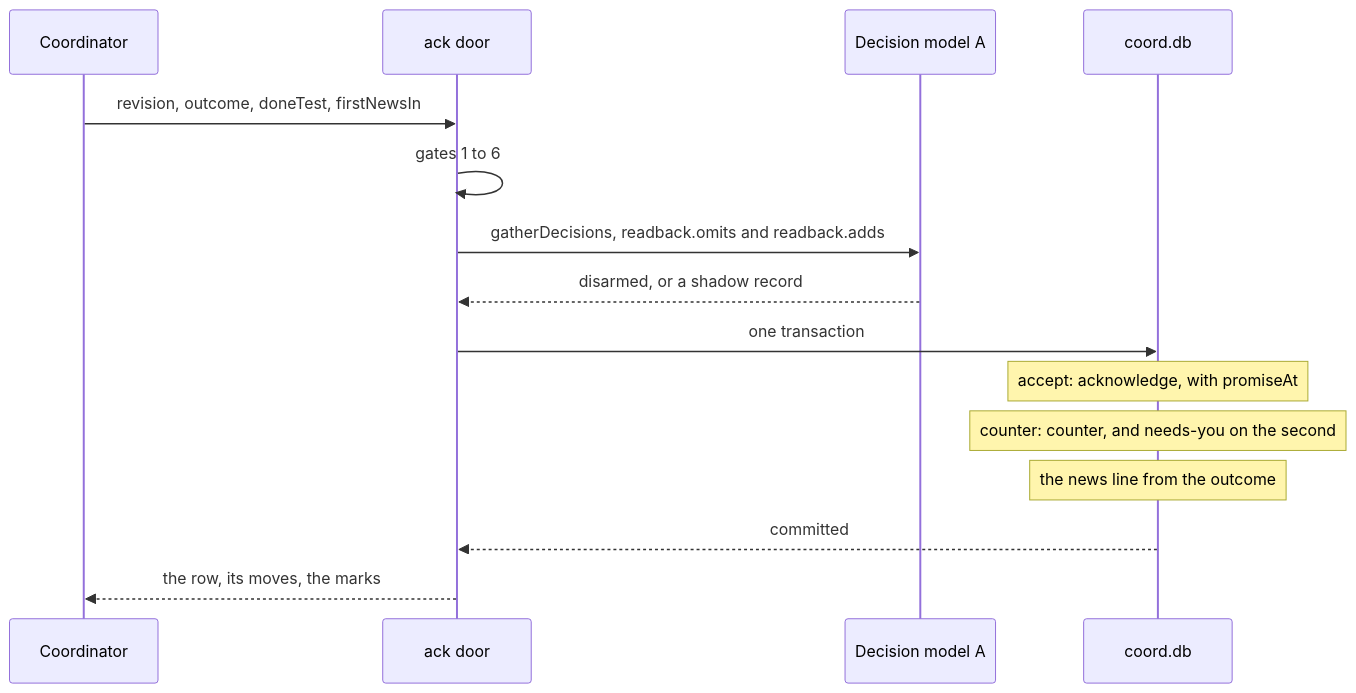
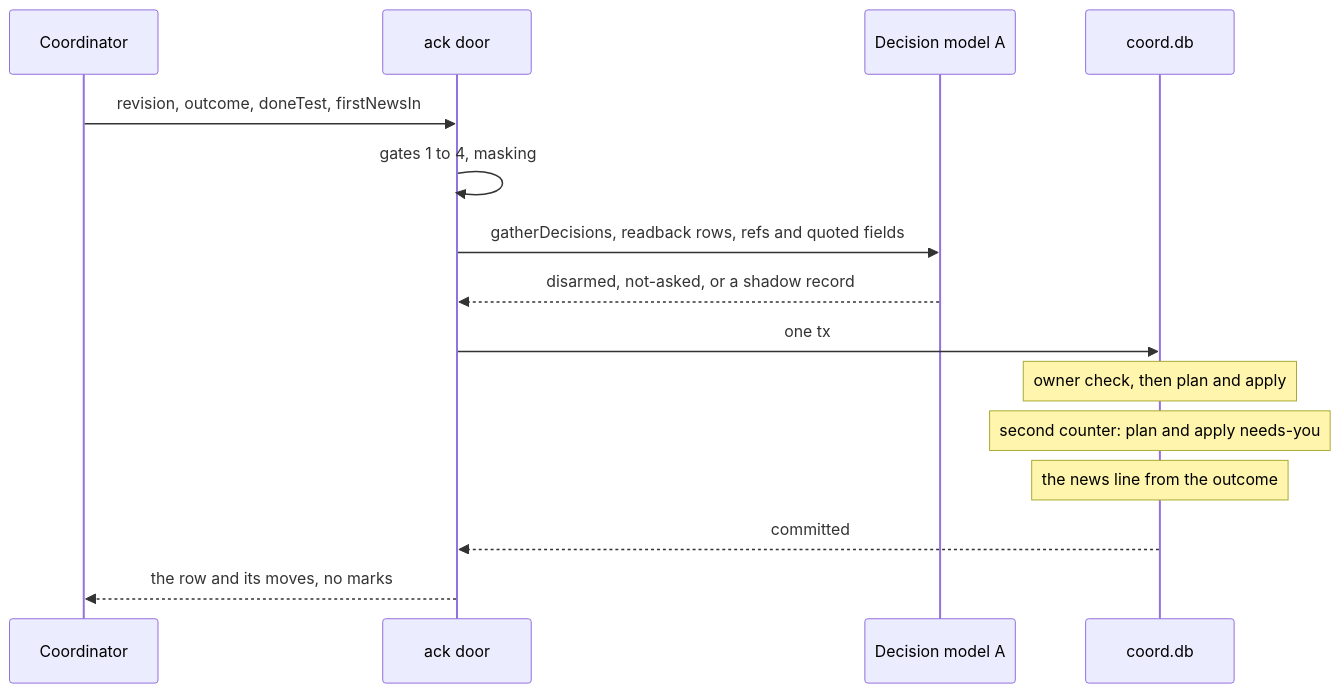
Before and after one commit to Synapsium-Labs/ccrc-pwa: the second of 3 diagrams in docs/superpowers/plans/2026-11-16-overlord-w2/w2-coordinator-doors.md, drawn with Mermaid. The commit also changed other lines of this file and 1 other file, not shown here.

````diff
--- a/docs/superpowers/plans/2026-11-16-overlord-w2/w2-coordinator-doors.md
+++ b/docs/superpowers/plans/2026-11-16-overlord-w2/w2-coordinator-doors.md
@@ -230,17 +295,17 @@
 ```mermaid
 sequenceDiagram
   participant C as Coordinator
   participant D as ack door
   participant DM as Decision model A
   participant DB as coord.db
   C->>D: revision, outcome, doneTest, firstNewsIn
-  D->>D: gates 1 to 6
-  D->>DM: gatherDecisions, readback.omits and readback.adds
-  DM-->>D: disarmed, or a shadow record
-  D->>DB: one transaction
-  Note over DB: accept: acknowledge, with promiseAt
-  Note over DB: counter: counter, and needs-you on the second
+  D->>D: gates 1 to 4, masking
+  D->>DM: gatherDecisions, readback rows, refs and quoted fields
+  DM-->>D: disarmed, not-asked, or a shadow record
+  D->>DB: one tx
+  Note over DB: owner check, then plan and apply
+  Note over DB: second counter: plan and apply needs-you
   Note over DB: the news line from the outcome
   DB-->>D: committed
-  D-->>C: the row, its moves, the marks
+  D-->>C: the row and its moves, no marks
 ```
````
